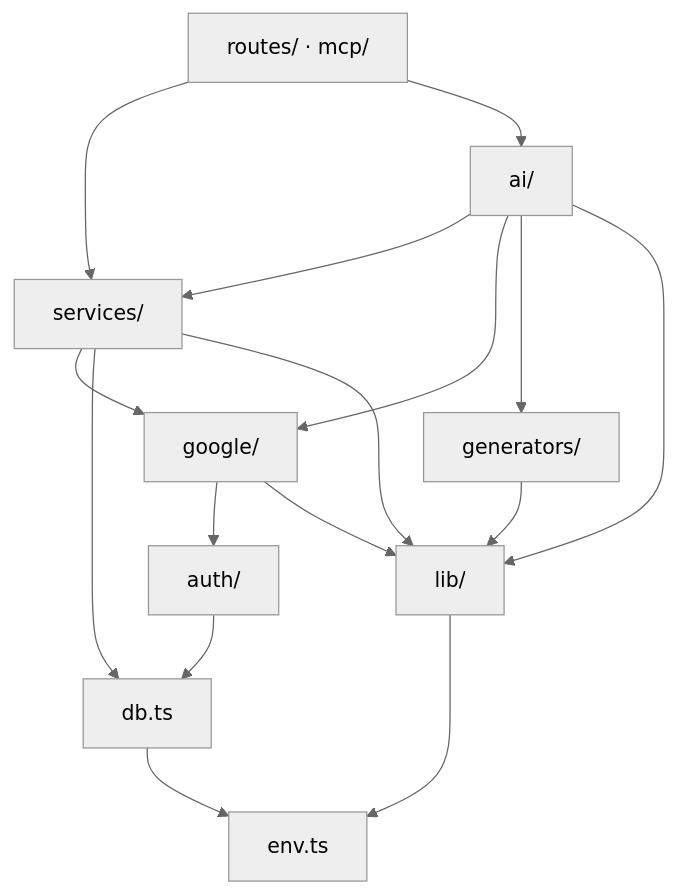
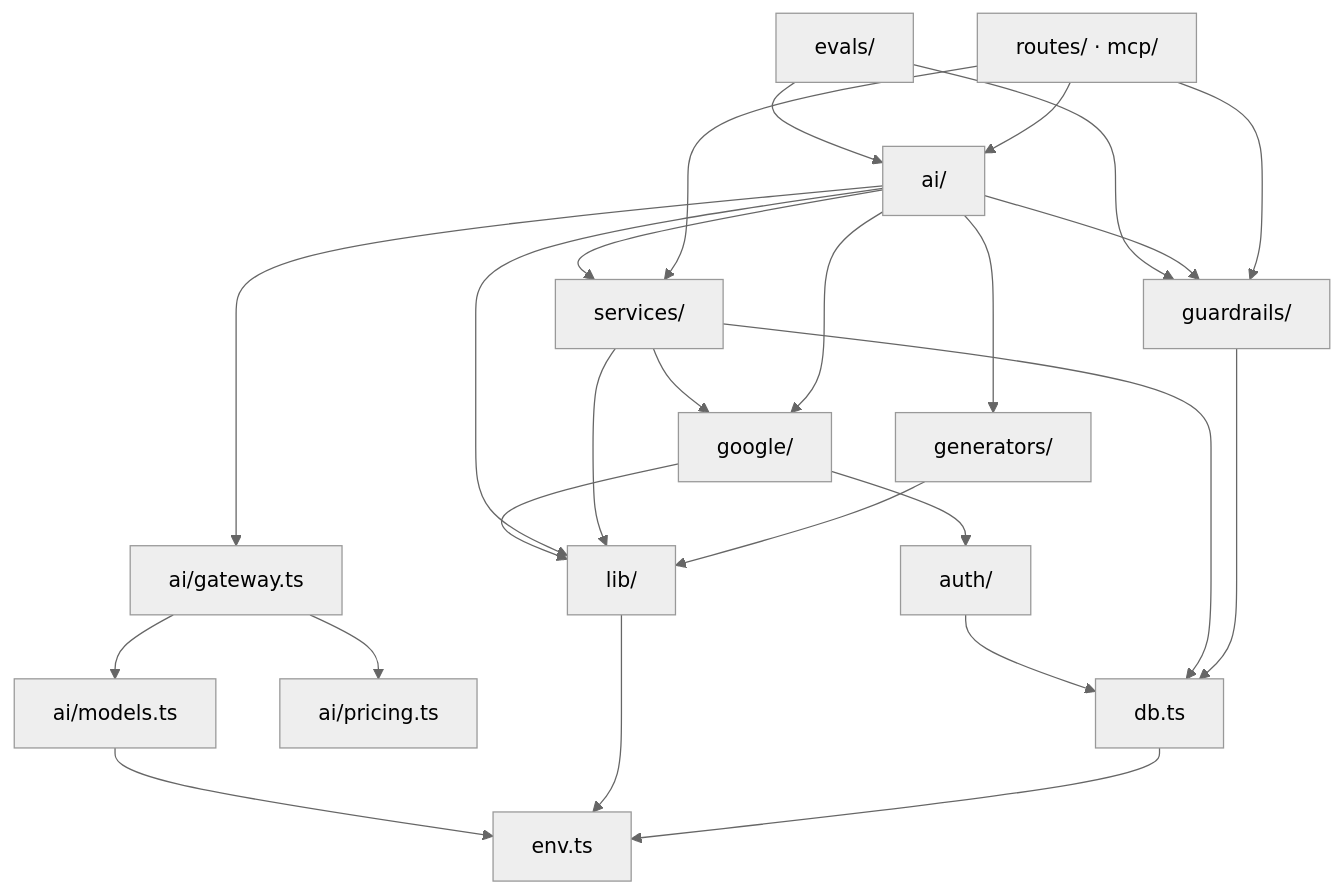
Before and after one commit to X-Rachit-X/AI_Secretary: the diagram in docs/02-FILE-GUIDE.md, drawn with Mermaid (neutral theme). The commit also changed other lines of this file and 30 other files, not shown here.

First line of the commit message:
feat: guardrails, human-in-the-loop approvals, evals and observability

````diff
--- a/docs/02-FILE-GUIDE.md
+++ b/docs/02-FILE-GUIDE.md
@@ -194,18 +238,27 @@
 ```mermaid
 graph TD
-    R["routes/ · mcp/"] --> S["services/"]
+    R["routes/ · mcp/"] --> GR["guardrails/"]
+    R --> S["services/"]
     R --> AI["ai/"]
+    AI --> GR
+    AI --> GW["ai/gateway.ts"]
+    GW --> M["ai/models.ts"]
+    GW --> PR["ai/pricing.ts"]
     AI --> S
     AI --> G["google/"]
     AI --> GEN["generators/"]
+    EV["evals/"] --> GR
+    EV --> AI
+    GR --> DB["db.ts"]
     S --> G
-    S --> DB["db.ts"]
+    S --> DB
     G --> AUTH["auth/"]
     AUTH --> DB
     GEN --> LIB["lib/"]
     S --> LIB
     AI --> LIB
     G --> LIB
     DB --> ENV["env.ts"]
     LIB --> ENV
+    M --> ENV
 ```
````
